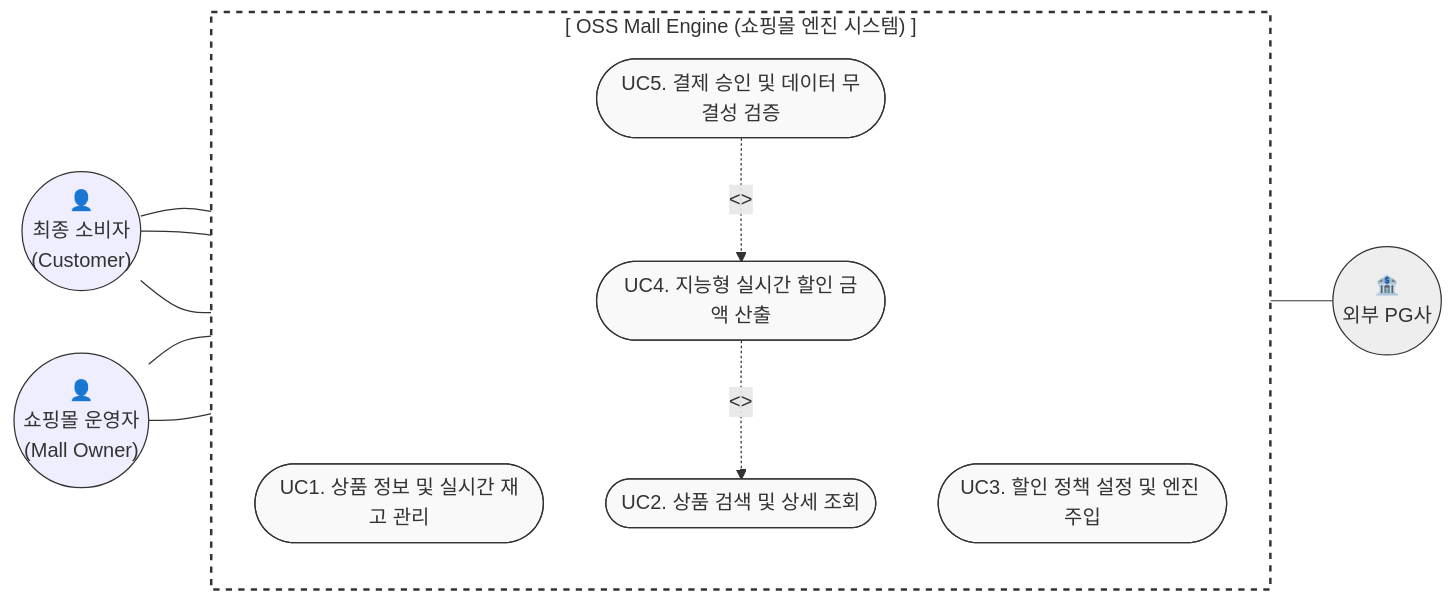
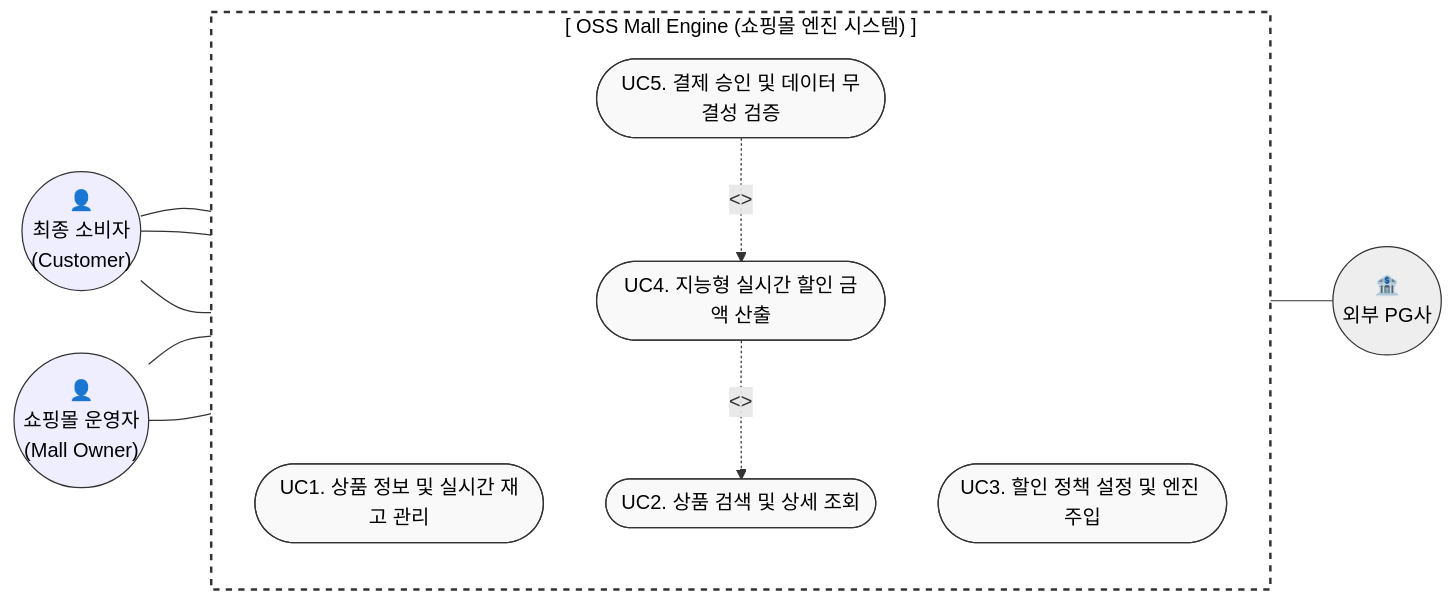
The first of 3 diagrams in Analysis_22212025_이진녕.md (dlwlssud123/OSS_shopping), drawn with Mermaid before and after one commit.

Commit message:
수정

````diff
--- a/Analysis_22212025_이진녕.md
+++ b/Analysis_22212025_이진녕.md
@@ -54,42 +54,42 @@
 ```mermaid
 flowchart LR
     %% 액터 설정 (원형 노드와 아이콘으로 액터 표현)
     Customer(("👤<br>최종 소비자<br>(Customer)"))
     Owner(("👤<br>쇼핑몰 운영자<br>(Mall Owner)"))
     PG(("🏦<br>외부 PG사"))
 
     %% 시스템 경계 (subgraph 타이틀로 중앙 정렬 구현)
     subgraph OSS_Engine ["[ OSS Mall Engine (쇼핑몰 엔진 시스템) ]"]
         direction TB
         
         UC1(["UC1. 상품 정보 및 실시간 재고 관리"])
         UC2(["UC2. 상품 검색 및 상세 조회"])
         UC3(["UC3. 할인 정책 설정 및 엔진 주입"])
         UC4(["UC4. 지능형 실시간 할인 금액 산출"])
         UC5(["UC5. 결제 승인 및 데이터 무결성 검증"])
     end
 
     %% 연결 관계
     Customer --- UC2
     Customer --- UC4
     Customer --- UC5
 
     Owner --- UC1
     Owner --- UC3
 
     UC5 --- PG
     
     UC4 -. "<<include>>" .-> UC2
     UC5 -. "<<include>>" .-> UC4
 
-    %% 스타일링 (더 깔끔한 가독성)
-    style OSS_Engine fill:#fff,stroke:#333,stroke-width:2px,stroke-dasharray: 5 5
-    style UC1 fill:#f9f9f9,stroke:#333
-    style UC2 fill:#f9f9f9,stroke:#333
-    style UC3 fill:#f9f9f9,stroke:#333
-    style UC4 fill:#f9f9f9,stroke:#333
-    style UC5 fill:#f9f9f9,stroke:#333
-    style Customer fill:#eef,stroke:#333
-    style Owner fill:#eef,stroke:#333
-    style PG fill:#eee,stroke:#333
+    %% 스타일링 (글자 색상을 검은색 #000으로 명시적 고정)
+    style OSS_Engine fill:#ffffff,stroke:#333,stroke-width:2px,stroke-dasharray: 5 5,color:#000
+    style UC1 fill:#f9f9f9,stroke:#333,color:#000
+    style UC2 fill:#f9f9f9,stroke:#333,color:#000
+    style UC3 fill:#f9f9f9,stroke:#333,color:#000
+    style UC4 fill:#f9f9f9,stroke:#333,color:#000
+    style UC5 fill:#f9f9f9,stroke:#333,color:#000
+    style Customer fill:#eef,stroke:#333,color:#000
+    style Owner fill:#eef,stroke:#333,color:#000
+    style PG fill:#eee,stroke:#333,color:#000
 ```
````
